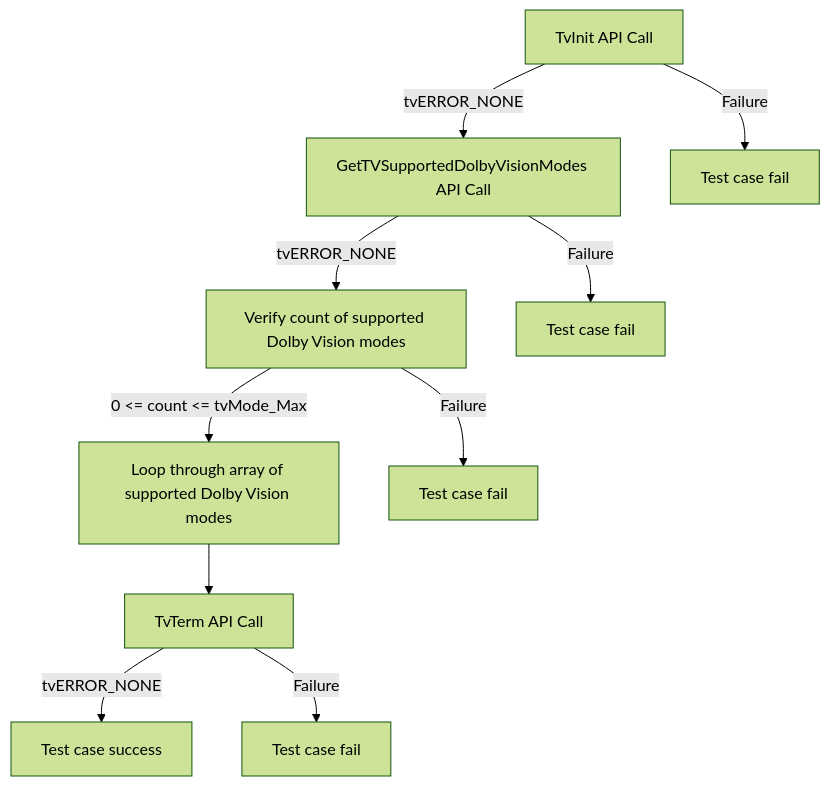
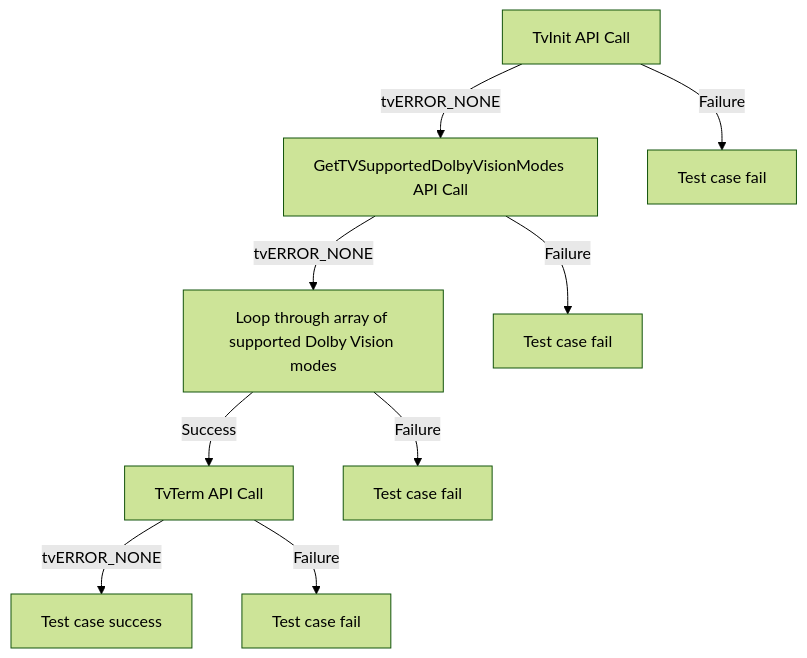
Before and after one commit to rdkcentral/rdkv-halif-test-tvsettings: diagram 23 of 48 in docs/pages/tvSettings_L2_Low-Level_TestSpecification.md, drawn with Mermaid (forest theme). The commit also changed other lines of this file and 1 other file, not shown here.

````diff
--- a/docs/pages/tvSettings_L2_Low-Level_TestSpecification.md
+++ b/docs/pages/tvSettings_L2_Low-Level_TestSpecification.md
@@ -1087,12 +1059,11 @@
 ```mermaid
 graph TB
 A[TvInit API Call] -->|tvERROR_NONE| B[GetTVSupportedDolbyVisionModes API Call]
 A -->|Failure| A1[Test case fail]
-B -->|tvERROR_NONE| C[Verify count of supported Dolby Vision modes]
+B -->|tvERROR_NONE| D[Loop through array of supported Dolby Vision modes]
 B -->|Failure| B1[Test case fail]
-C -->|0 <= count <= tvMode_Max| D[Loop through array of supported Dolby Vision modes]
-C -->|Failure| C1[Test case fail]
-D --> E[TvTerm API Call]
+D -->|Success| E[TvTerm API Call]
+D -->|Failure| D1[Test case fail]
 E -->|tvERROR_NONE| F[Test case success]
 E -->|Failure| E1[Test case fail]
 ```
````
